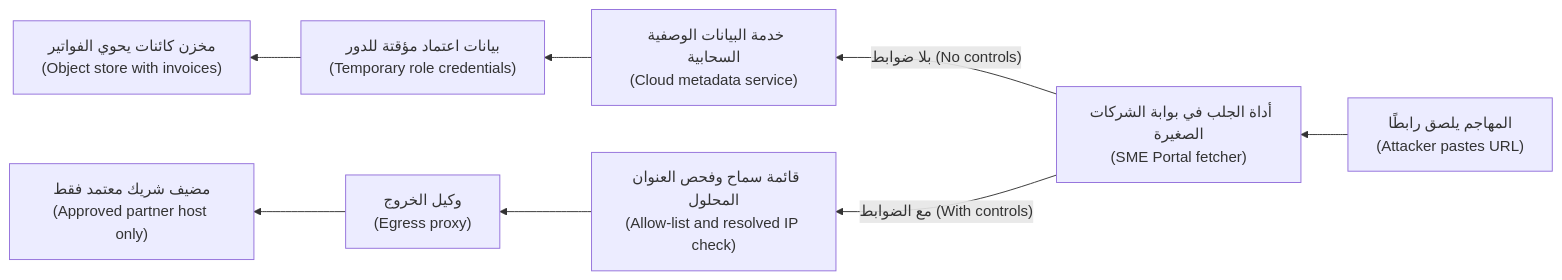
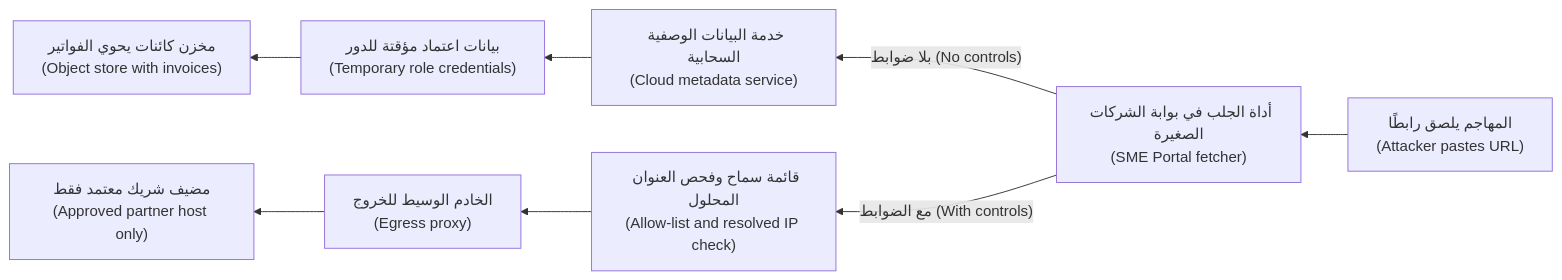
The third of 3 diagrams in secai/modules/02-web.ar.md (Tamoura/system-design-for-vibe-coders), drawn with Mermaid before and after one commit. The commit also changed other lines of this file and 551 other files, not shown here.

````diff
--- a/secai/modules/02-web.ar.md
+++ b/secai/modules/02-web.ar.md
@@ -569,10 +583,10 @@
 ```mermaid
 flowchart RL
     A["المهاجم يلصق رابطًا<br/>(Attacker pastes URL)"] --> F["أداة الجلب في بوابة الشركات الصغيرة<br/>(SME Portal fetcher)"]
     F -->|"بلا ضوابط (No controls)"| M["خدمة البيانات الوصفية السحابية<br/>(Cloud metadata service)"]
     M --> K["بيانات اعتماد مؤقتة للدور<br/>(Temporary role credentials)"]
     K --> S["مخزن كائنات يحوي الفواتير<br/>(Object store with invoices)"]
     F -->|"مع الضوابط (With controls)"| V["قائمة سماح وفحص العنوان المحلول<br/>(Allow-list and resolved IP check)"]
-    V --> P["وكيل الخروج<br/>(Egress proxy)"]
+    V --> P["الخادم الوسيط للخروج<br/>(Egress proxy)"]
     P --> H["مضيف شريك معتمد فقط<br/>(Approved partner host only)"]
 ```
````
